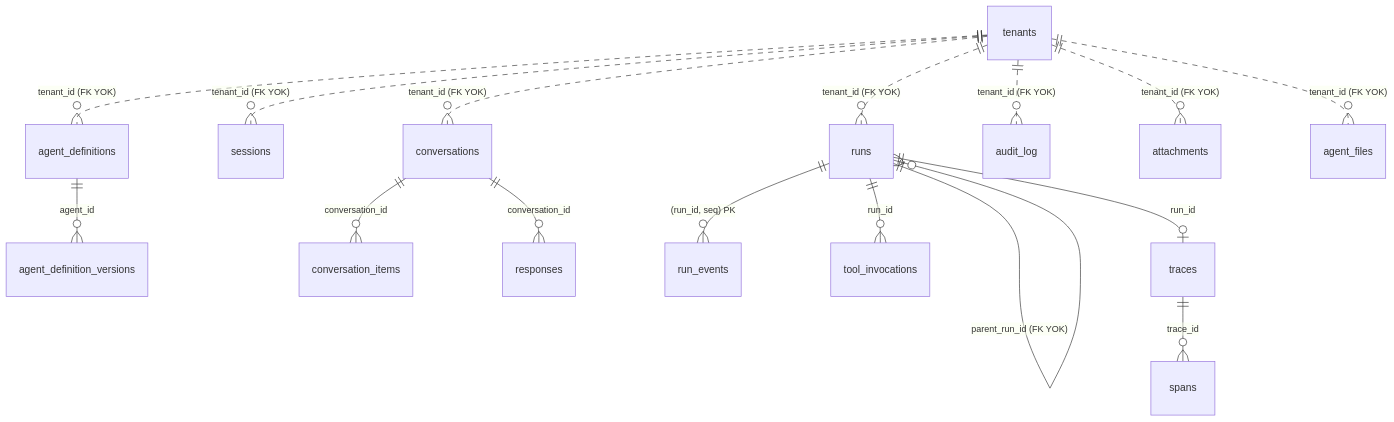
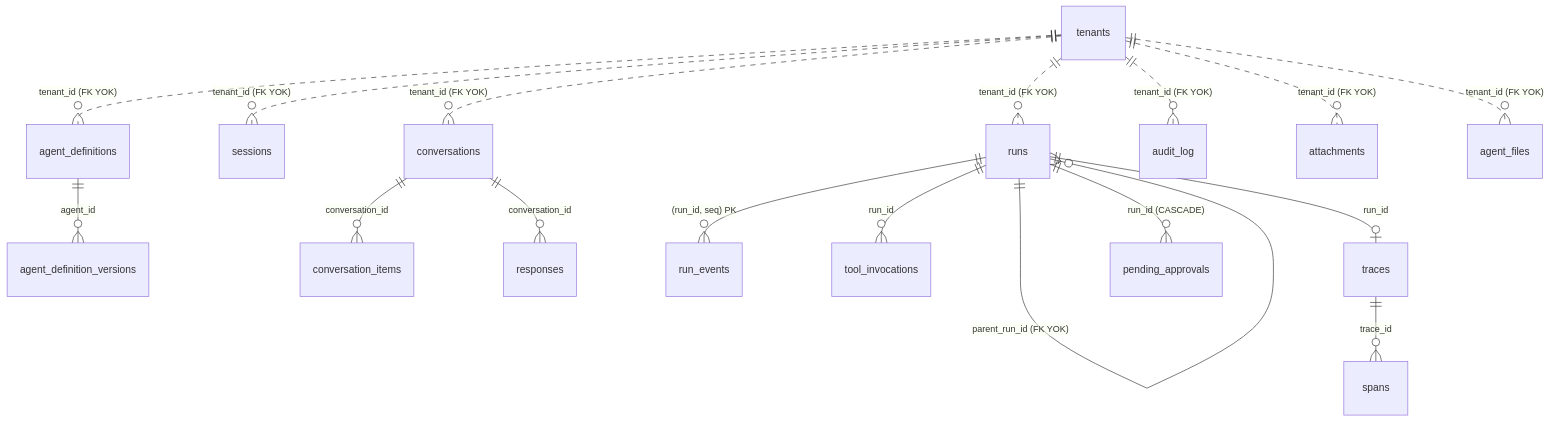
The second of 9 diagrams in docs/MIMARI.md (farukatasoy/Tracon), drawn with Mermaid before and after one commit. The commit also changed other lines of this file and 71 other files, not shown here.

````diff
--- a/docs/MIMARI.md
+++ b/docs/MIMARI.md
@@ -176,20 +176,21 @@
 ```mermaid
 erDiagram
     tenants ||..o{ agent_definitions : "tenant_id (FK YOK)"
     tenants ||..o{ sessions : "tenant_id (FK YOK)"
     tenants ||..o{ runs : "tenant_id (FK YOK)"
     tenants ||..o{ conversations : "tenant_id (FK YOK)"
     tenants ||..o{ audit_log : "tenant_id (FK YOK)"
     tenants ||..o{ attachments : "tenant_id (FK YOK)"
     tenants ||..o{ agent_files : "tenant_id (FK YOK)"
 
     agent_definitions ||--o{ agent_definition_versions : "agent_id"
     conversations ||--o{ conversation_items : "conversation_id"
     conversations ||--o{ responses : "conversation_id"
     runs ||--o{ runs : "parent_run_id (FK YOK)"
     runs ||--o{ run_events : "(run_id, seq) PK"
     runs ||--o{ tool_invocations : "run_id"
     runs ||--o| traces : "run_id"
+    runs ||--o{ pending_approvals : "run_id (CASCADE)"
     traces ||--o{ spans : "trace_id"
 
 ```
````
